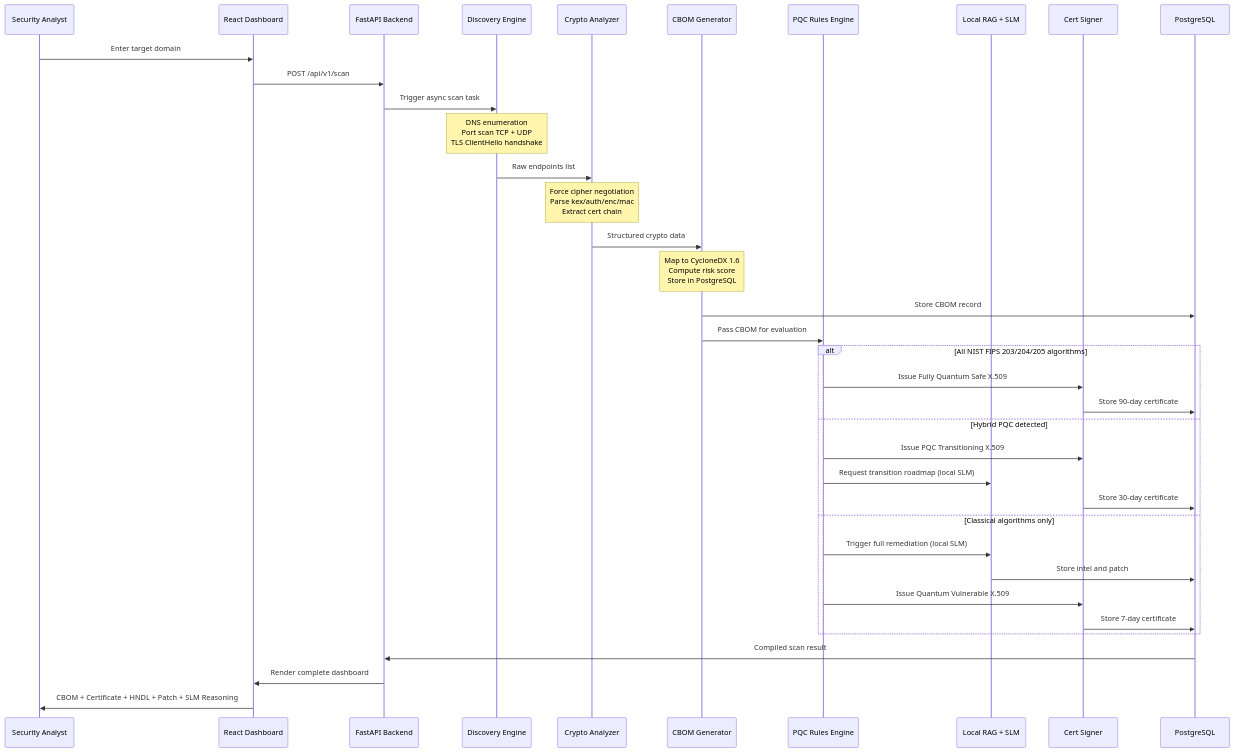
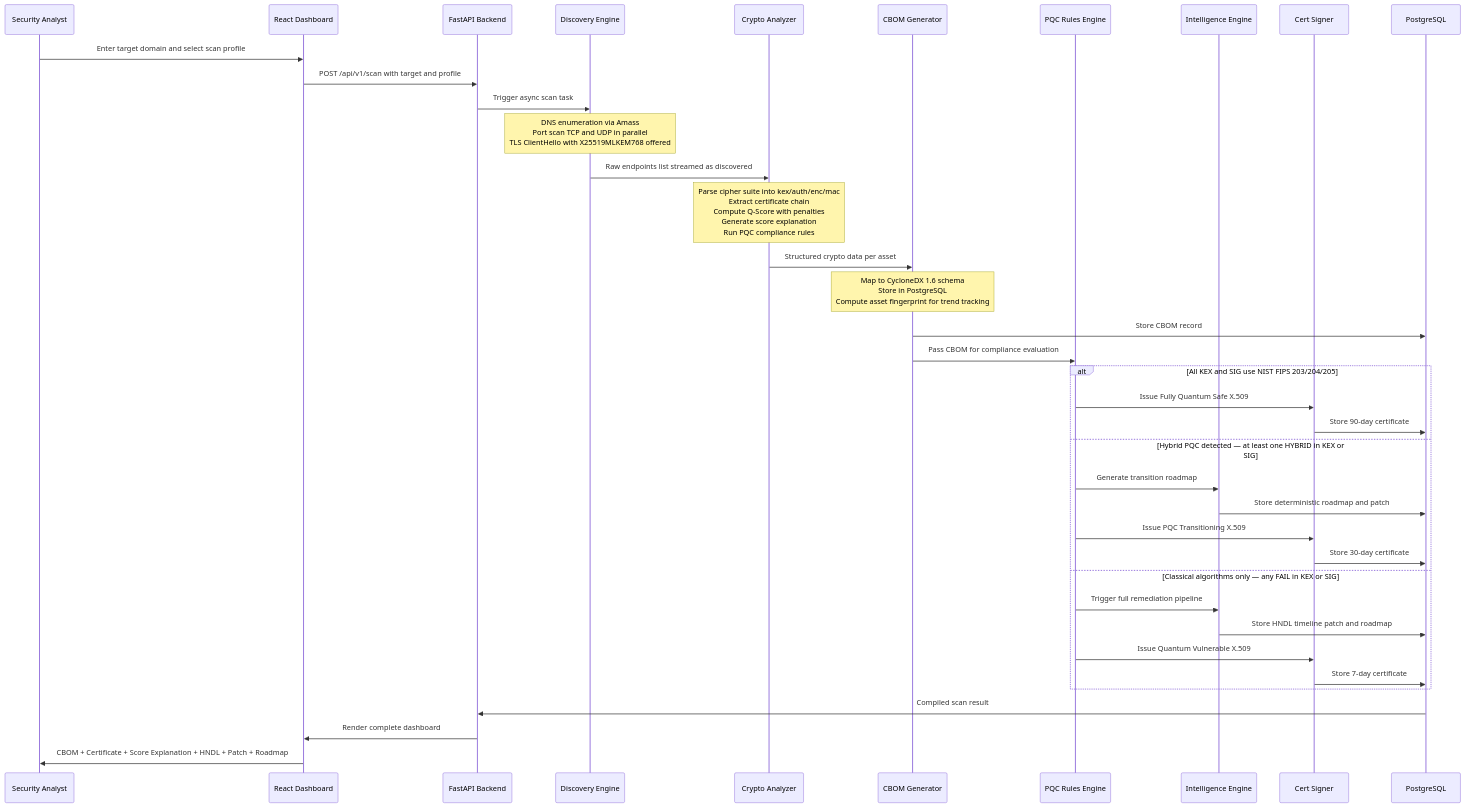
One commit to notgautham/Aegis changed the fifth of 11 diagrams in documentations/SOLUTION.md. Above: the diagram before and after it, drawn with Mermaid. The commit also changed other lines of this file and 20 other files, not shown here.

````diff
--- a/documentations/SOLUTION.md
+++ b/documentations/SOLUTION.md
@@ -194,45 +255,49 @@
 ```mermaid
 sequenceDiagram
     participant Analyst as Security Analyst
     participant UI as React Dashboard
     participant API as FastAPI Backend
     participant DISC as Discovery Engine
     participant CRYPTO as Crypto Analyzer
     participant CBOM as CBOM Generator
     participant RULES as PQC Rules Engine
-    participant RAG as Local RAG + SLM
+    participant INTEL as Intelligence Engine
     participant CERT as Cert Signer
     participant DB as PostgreSQL
 
-    Analyst->>UI: Enter target domain
-    UI->>API: POST /api/v1/scan
+    Analyst->>UI: Enter target domain and select scan profile
+    UI->>API: POST /api/v1/scan with target and profile
     API->>DISC: Trigger async scan task
 
-    Note over DISC: DNS enumeration<br>Port scan TCP + UDP<br>TLS ClientHello handshake
-    DISC->>CRYPTO: Raw endpoints list
+    Note over DISC: DNS enumeration via Amass<br>Port scan TCP and UDP in parallel<br>TLS ClientHello with X25519MLKEM768 offered
 
-    Note over CRYPTO: Force cipher negotiation<br>Parse kex/auth/enc/mac<br>Extract cert chain
-    CRYPTO->>CBOM: Structured crypto data
+    DISC->>CRYPTO: Raw endpoints list streamed as discovered
 
-    Note over CBOM: Map to CycloneDX 1.6<br>Compute risk score<br>Store in PostgreSQL
+    Note over CRYPTO: Parse cipher suite into kex/auth/enc/mac<br>Extract certificate chain<br>Compute Q-Score with penalties<br>Generate score explanation<br>Run PQC compliance rules
+
+    CRYPTO->>CBOM: Structured crypto data per asset
+
+    Note over CBOM: Map to CycloneDX 1.6 schema<br>Store in PostgreSQL<br>Compute asset fingerprint for trend tracking
+
     CBOM->>DB: Store CBOM record
-    CBOM->>RULES: Pass CBOM for evaluation
+    CBOM->>RULES: Pass CBOM for compliance evaluation
 
-    alt All NIST FIPS 203/204/205 algorithms
+    alt All KEX and SIG use NIST FIPS 203/204/205
         RULES->>CERT: Issue Fully Quantum Safe X.509
         CERT->>DB: Store 90-day certificate
-    else Hybrid PQC detected
+    else Hybrid PQC detected — at least one HYBRID in KEX or SIG
+        RULES->>INTEL: Generate transition roadmap
+        INTEL->>DB: Store deterministic roadmap and patch
         RULES->>CERT: Issue PQC Transitioning X.509
-        RULES->>RAG: Request transition roadmap (local SLM)
         CERT->>DB: Store 30-day certificate
-    else Classical algorithms only
-        RULES->>RAG: Trigger full remediation (local SLM)
-        RAG->>DB: Store intel and patch
+    else Classical algorithms only — any FAIL in KEX or SIG
+        RULES->>INTEL: Trigger full remediation pipeline
+        INTEL->>DB: Store HNDL timeline patch and roadmap
         RULES->>CERT: Issue Quantum Vulnerable X.509
         CERT->>DB: Store 7-day certificate
     end
 
     DB->>API: Compiled scan result
     API->>UI: Render complete dashboard
-    UI->>Analyst: CBOM + Certificate + HNDL + Patch + SLM Reasoning
+    UI->>Analyst: CBOM + Certificate + Score Explanation + HNDL + Patch + Roadmap
 ```
````
